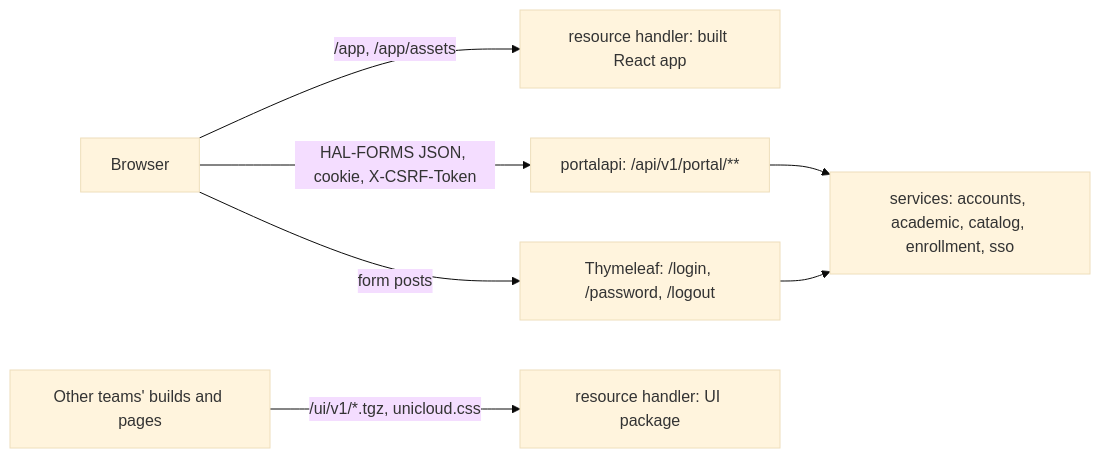
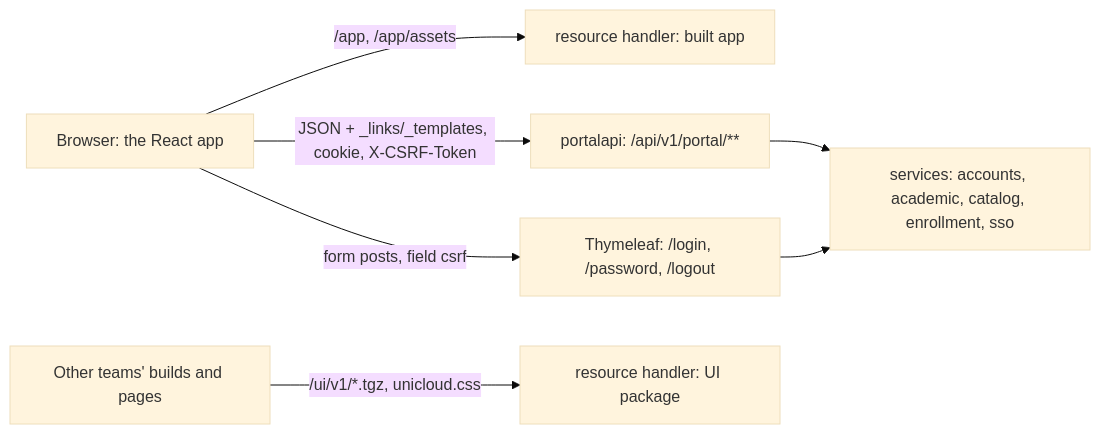
Before and after one commit to rata5/unicloud-portal: the diagram in openspec/changes/react-hypermedia-ui/design.md, drawn with Mermaid (base theme). The commit also changed other lines of this file and 11 other files, not shown here.

````diff
--- a/openspec/changes/react-hypermedia-ui/design.md
+++ b/openspec/changes/react-hypermedia-ui/design.md
@@ -7,9 +7,9 @@
 ```mermaid
 flowchart LR
-    B[Browser] -->|/app, /app/assets| H[resource handler: built React app]
-    B -->|HAL-FORMS JSON, cookie, X-CSRF-Token| A["portalapi: /api/v1/portal/**"]
-    B -->|form posts| U["Thymeleaf: /login, /password, /logout"]
+    B[Browser: the React app] -->|/app, /app/assets| H[resource handler: built app]
+    B -->|JSON + _links/_templates, cookie, X-CSRF-Token| A["portalapi: /api/v1/portal/**"]
+    B -->|form posts, field csrf| U["Thymeleaf: /login, /password, /logout"]
     T[Other teams' builds and pages] -->|/ui/v1/*.tgz, unicloud.css| L[resource handler: UI package]
     A --> S[services: accounts, academic, catalog, enrollment, sso]
     U --> S
 ```
````
